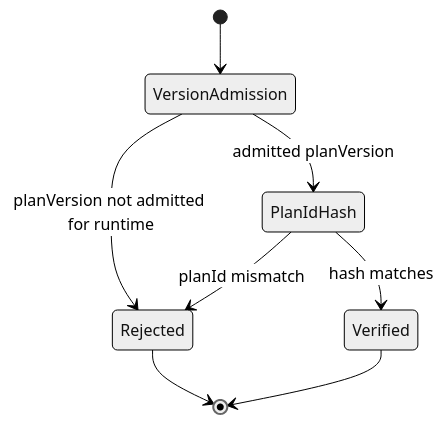
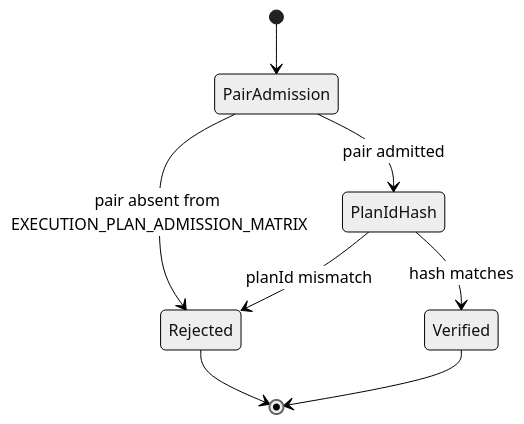
Before and after one commit to dunay2/dvt: the first of 3 diagrams in docs/architecture/components/engine/contracts/plan-verifier-admission.md, drawn with Mermaid (neutral theme). The commit also changed other lines of this file and 11 other files, not shown here.

Commit message:
feat(contracts): Unify plan verifier admission matrix

````diff
--- a/docs/architecture/components/engine/contracts/plan-verifier-admission.md
+++ b/docs/architecture/components/engine/contracts/plan-verifier-admission.md
@@ -49,10 +57,10 @@
 ```mermaid
 stateDiagram-v2
-  [*] --> VersionAdmission
-  VersionAdmission --> Rejected: planVersion not admitted for runtime
-  VersionAdmission --> PlanIdHash: admitted planVersion
+  [*] --> PairAdmission
+  PairAdmission --> Rejected: pair absent from EXECUTION_PLAN_ADMISSION_MATRIX
+  PairAdmission --> PlanIdHash: pair admitted
   PlanIdHash --> Rejected: planId mismatch
   PlanIdHash --> Verified: hash matches
   Rejected --> [*]
   Verified --> [*]
 ```
````
